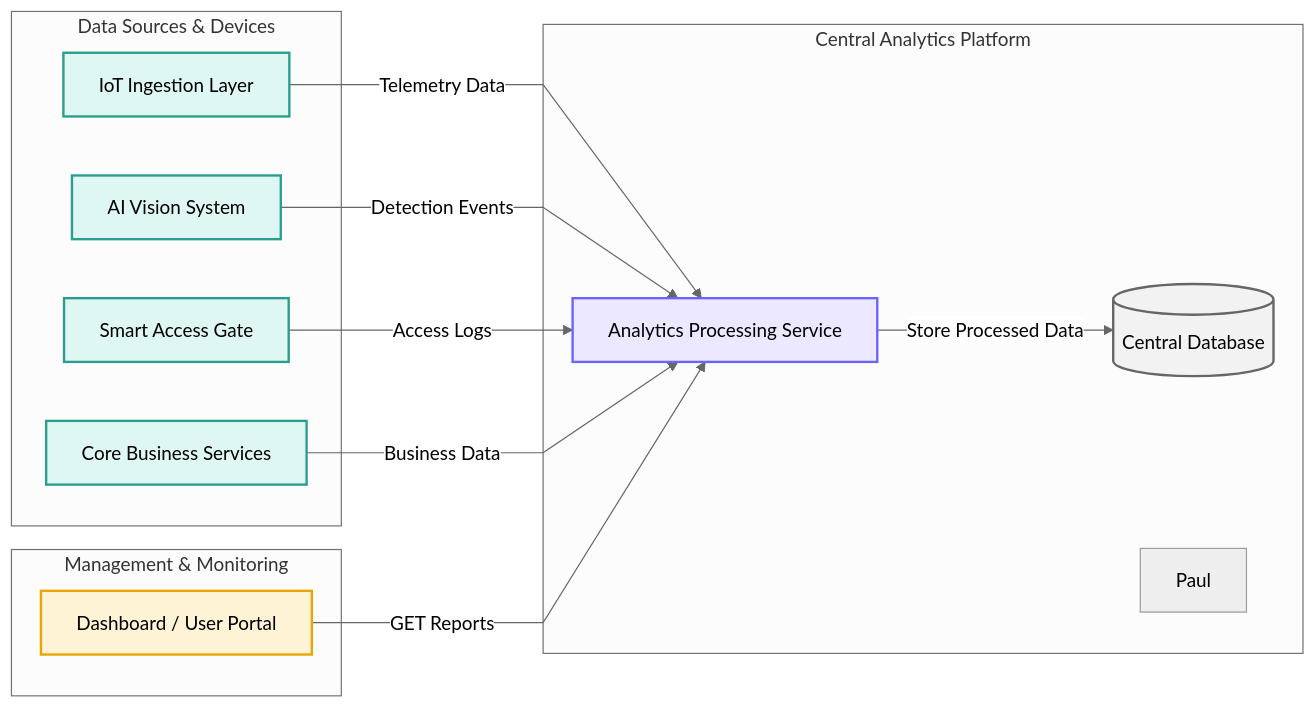
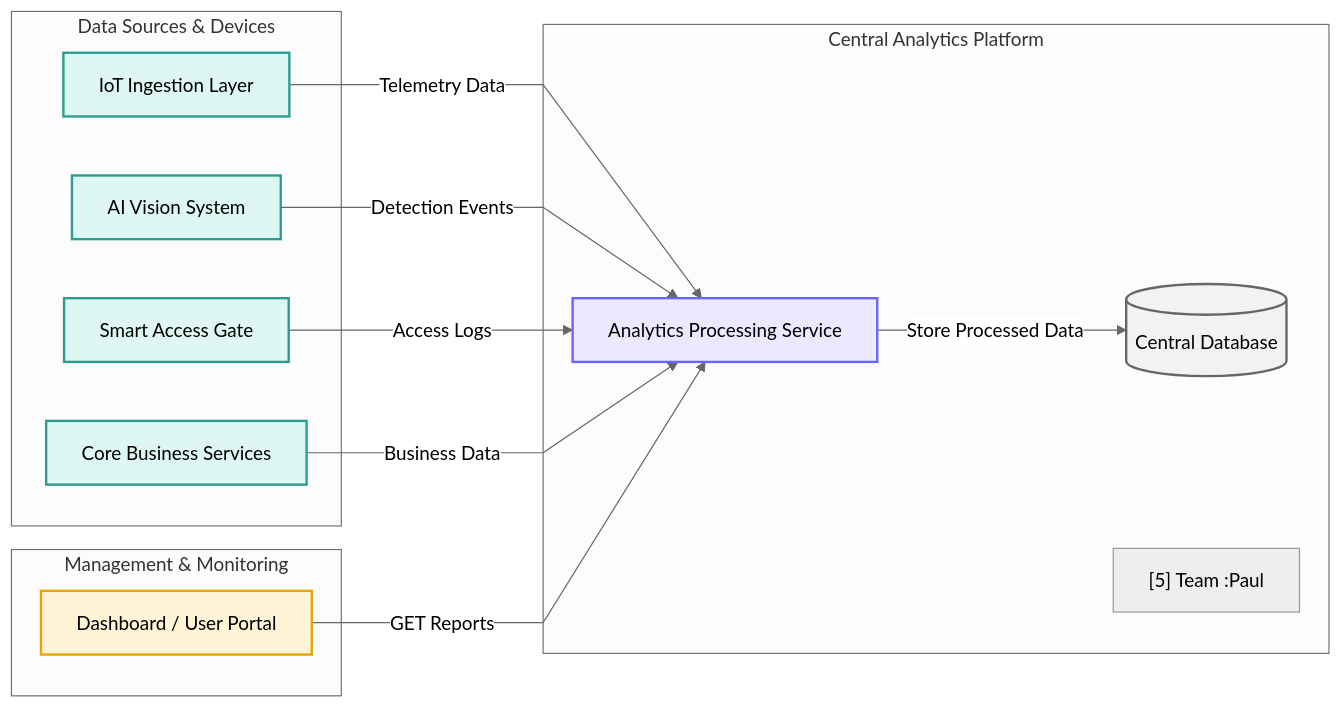
Before and after one commit to FIT-17-13/lab1-setup-TheHonnn: the diagram in evidence/buoi-01/service-boundary.md, drawn with Mermaid (neutral theme).

Commit message:
Update team label in service-boundary.md

````diff
--- a/evidence/buoi-01/service-boundary.md
+++ b/evidence/buoi-01/service-boundary.md
@@ -85,43 +85,43 @@
 ```mermaid
 flowchart LR
 linkStyle default interpolate linear
 subgraph INPUT["Data Sources & Devices"]
 
     IoT[IoT Ingestion Layer]
     Camera[AI Vision System]
     Gate[Smart Access Gate]
     Core[Core Business Services]
 
 end
 subgraph PLATFORM["Central Analytics Platform"]
 
     Analytics[Analytics Processing Service]
 
     DB[(Central Database)]
-NHOM5["Paul"]
+NHOM5["[5] Team :Paul"]
 
 end
 subgraph USERS["Management & Monitoring"]
 
     Dashboard[Dashboard / User Portal]
 
 end
 IoT -->|Telemetry Data| Analytics
 Camera -->|Detection Events| Analytics
 Gate -->|Access Logs| Analytics
 Core -->|Business Data| Analytics
 
 Analytics -->|Store Processed Data| DB
 
 Dashboard -- GET Reports --> Analytics
 
 classDef source fill:#dff7f2,stroke:#2a9d8f,color:#000,stroke-width:2px;
 classDef service fill:#ece8ff,stroke:#6c63ff,color:#000,stroke-width:2px;
 classDef database fill:#f2f2f2,stroke:#666,color:#000,stroke-width:2px;
 classDef dashboard fill:#fff3d6,stroke:#e9a400,color:#000,stroke-width:2px;
 
 class IoT,Camera,Gate,Core source;
 class Analytics service;
 class DB database;
 class Dashboard dashboard;
 ```
````
